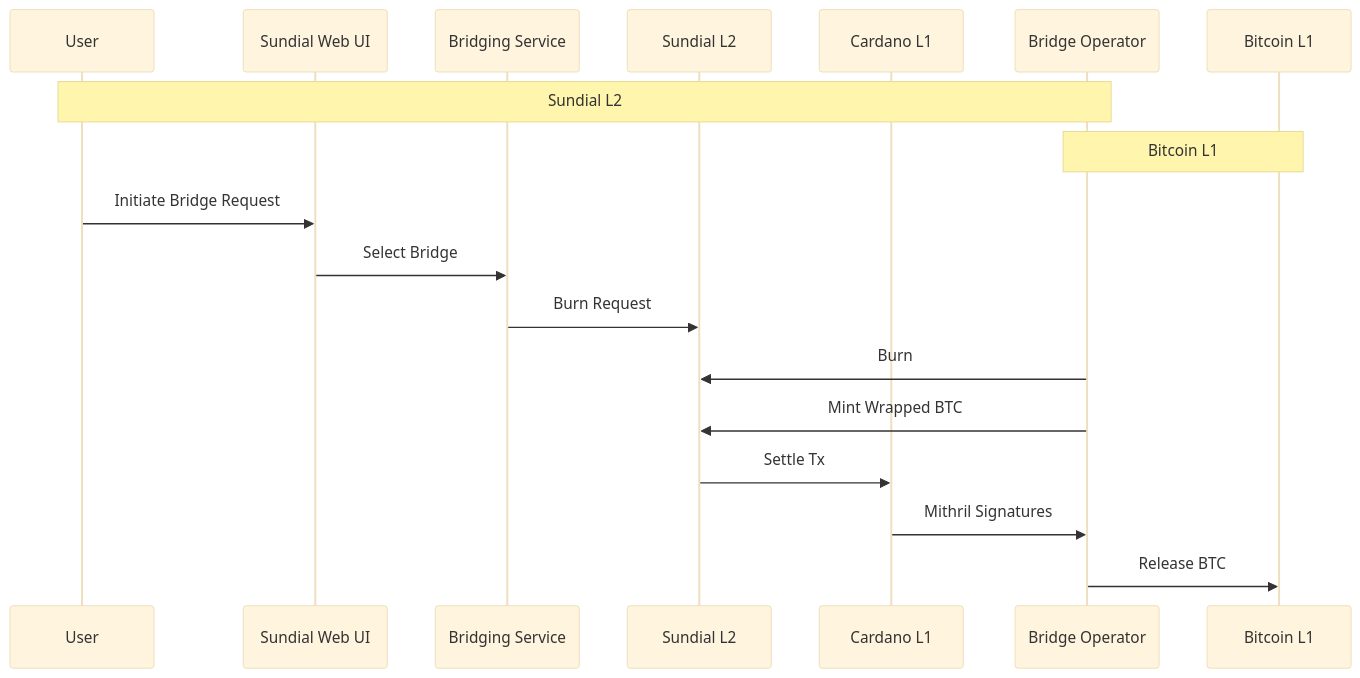
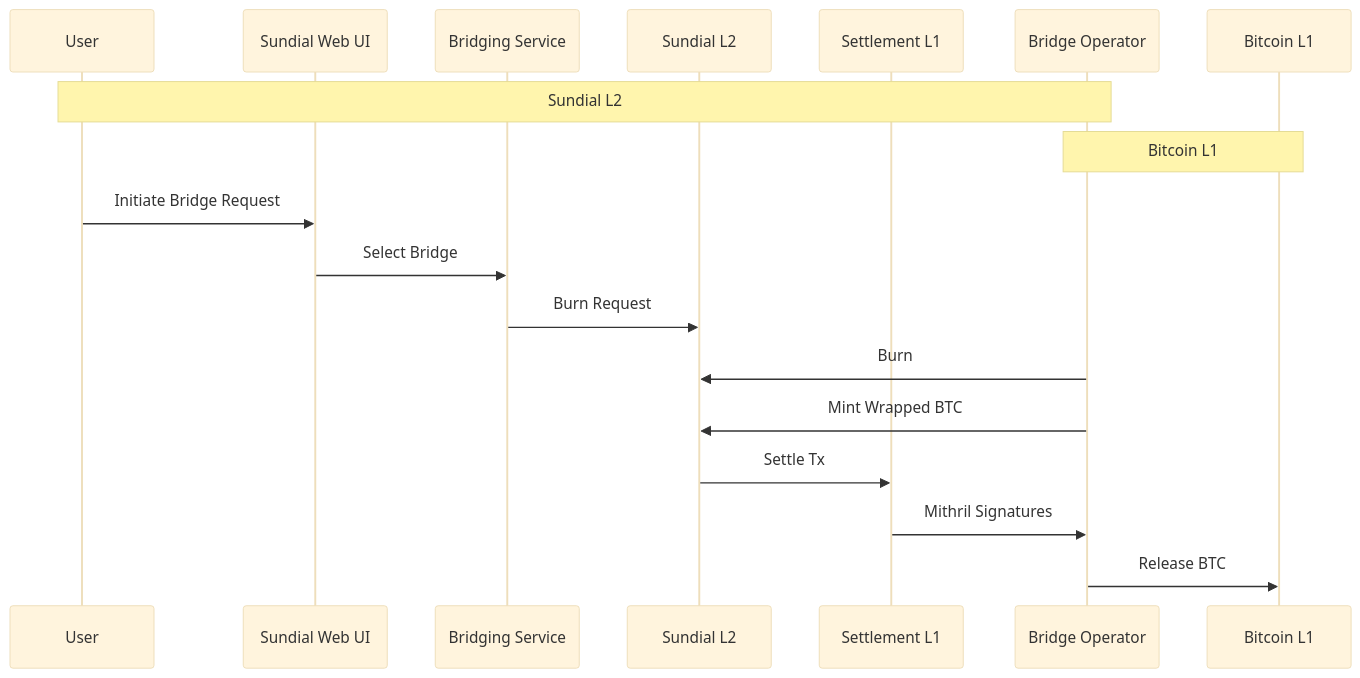
Before and after one commit to sundial-protocol/internal-docs: the third of 5 diagrams in architecture/layers/blueprint.md, drawn with Mermaid (base theme). The commit also changed other lines of this file and 10 other files, not shown here.

Commit message:
architecture docs refinement

````diff
--- a/architecture/layers/blueprint.md
+++ b/architecture/layers/blueprint.md
@@ -86,26 +86,26 @@
 ```mermaid
 sequenceDiagram
     participant User
     participant UI as Sundial Web UI
     participant BridgeService as Bridging Service
     participant L2 as Sundial L2
-    participant L1 as Cardano L1
+    participant L1 as Settlement L1
     participant BridgeOp as Bridge Operator
     participant BTCL1 as Bitcoin L1
 
 
     Note over User, BridgeOp: Sundial L2
     Note over BridgeOp, BTCL1: Bitcoin L1
 
     User->>UI: Initiate Bridge Request
     UI->>BridgeService: Select Bridge
 
     BridgeService->>L2: Burn Request
     BridgeOp->>L2: Burn
     BridgeOp->>L2: Mint Wrapped BTC
     L2->>L1: Settle Tx
     L1->>BridgeOp: Mithril Signatures
     BridgeOp->>BTCL1: Release BTC
 
 
 ```
````
